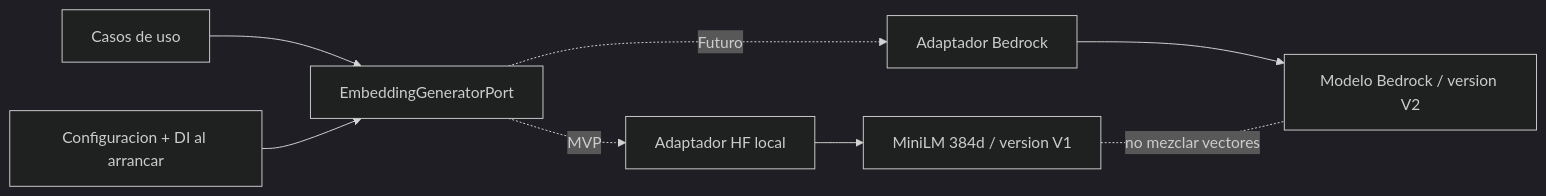
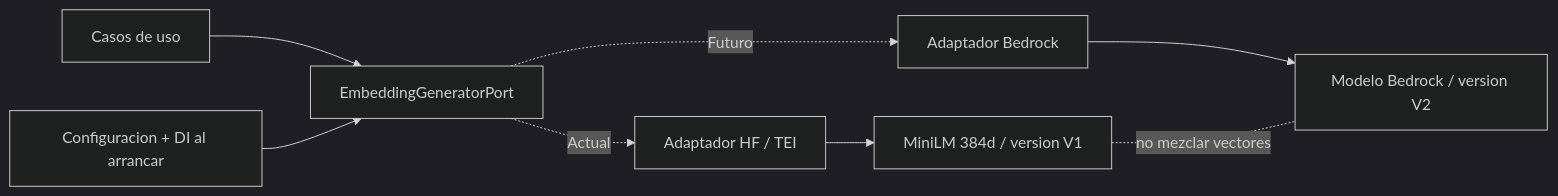
One commit to eduardoquispe/semantic-phrase-app changed the third of 3 diagrams in docs/03-architecture/04-ai-architecture.md. Above: the diagram before and after it, drawn with Mermaid (dark theme). The commit also changed other lines of this file and 13 other files, not shown here.

````diff
--- a/docs/03-architecture/04-ai-architecture.md
+++ b/docs/03-architecture/04-ai-architecture.md
@@ -277,10 +277,10 @@
 ```mermaid
 flowchart LR
     UC[Casos de uso] --> PORT[EmbeddingGeneratorPort]
-    PORT -. MVP .-> HF[Adaptador HF local]
+    PORT -. Actual .-> HF[Adaptador HF / TEI]
     PORT -. Futuro .-> BR[Adaptador Bedrock]
     HF --> M1[MiniLM 384d / version V1]
     BR --> M2[Modelo Bedrock / version V2]
     M1 -. no mezclar vectores .- M2
     CFG[Configuracion + DI al arrancar] --> PORT
 ```
````
